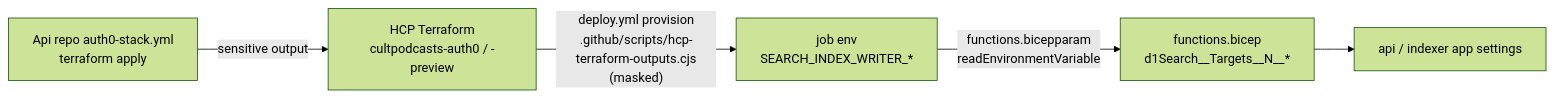
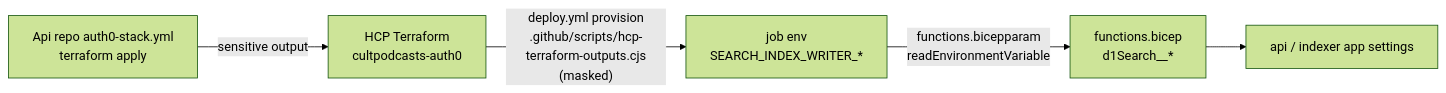
One commit to cultpodcasts/RedditPodcastPoster changed the diagram in docs/search-platform/sync-and-replication.md. Above: the diagram before and after it, drawn with Mermaid (forest theme). The commit also changed other lines of this file and 3 other files, not shown here.

Commit message:
SP-2.5 #1460: production D1 target only (Jon: no preview client/secret in the Functions)

````diff
--- a/docs/search-platform/sync-and-replication.md
+++ b/docs/search-platform/sync-and-replication.md
@@ -39,7 +41,7 @@
 ```mermaid
 flowchart LR
-  TF["Api repo auth0-stack.yml<br/>terraform apply"] -->|sensitive output| HCP["HCP Terraform<br/>cultpodcasts-auth0 / -preview"]
+  TF["Api repo auth0-stack.yml<br/>terraform apply"] -->|sensitive output| HCP["HCP Terraform<br/>cultpodcasts-auth0"]
   HCP -->|"deploy.yml provision<br/>.github/scripts/hcp-terraform-outputs.cjs<br/>(masked)"| ENV["job env<br/>SEARCH_INDEX_WRITER_*"]
-  ENV -->|"functions.bicepparam<br/>readEnvironmentVariable"| BICEP["functions.bicep<br/>d1Search__Targets__N__*"]
+  ENV -->|"functions.bicepparam<br/>readEnvironmentVariable"| BICEP["functions.bicep<br/>d1Search__*"]
   BICEP --> FN["api / indexer app settings"]
 ```
````
